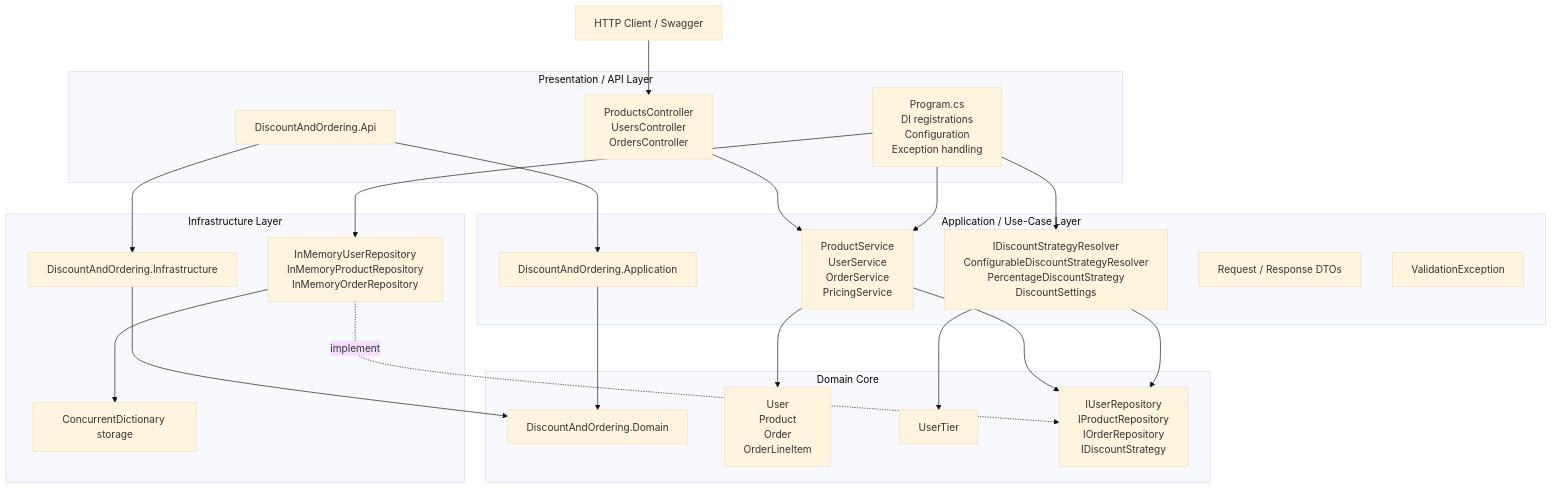
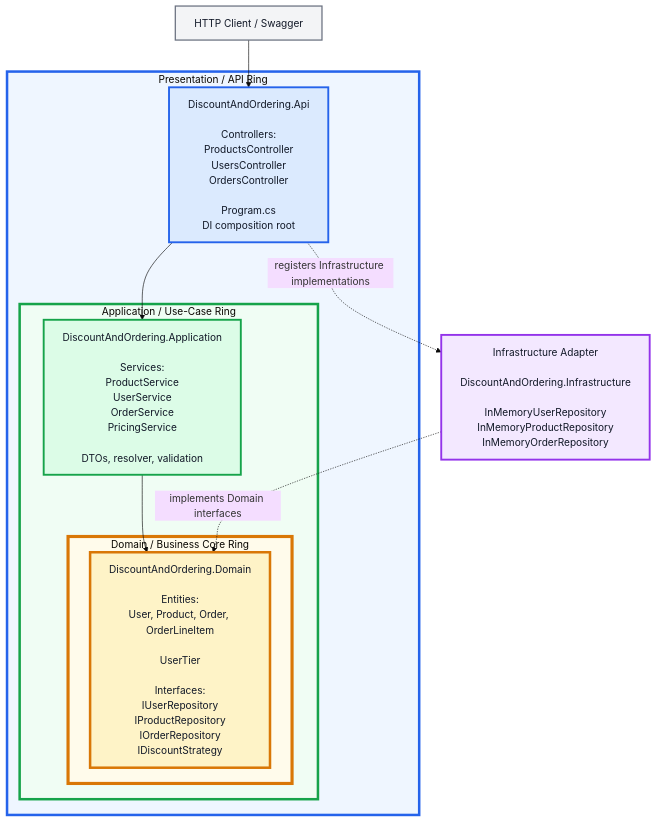
Before and after one commit to getdipakkumar2008-coder/strategypatterndiscountuserorder: the first of 5 diagrams in OnionandDDD.md, drawn with Mermaid (base theme). The commit also changed other lines of this file, not shown here.

Commit message:
Replace architecture document with circular Onion Architecture and DDD diagrams.

````diff
--- a/OnionandDDD.md
+++ b/OnionandDDD.md
@@ -7,50 +9,38 @@
 ```mermaid
 flowchart TB
-    Client["HTTP Client / Swagger"]
+    subgraph API_RING["Presentation / API Ring"]
+        API["DiscountAndOrdering.Api<br/><br/>Controllers:<br/>ProductsController<br/>UsersController<br/>OrdersController<br/><br/>Program.cs<br/>DI composition root"]
 
-    subgraph Presentation["Presentation / API Layer"]
-        API["DiscountAndOrdering.Api"]
-        Controllers["ProductsController<br/>UsersController<br/>OrdersController"]
-        Composition["Program.cs<br/>DI registrations<br/>Configuration<br/>Exception handling"]
+        subgraph APP_RING["Application / Use-Case Ring"]
+            APP["DiscountAndOrdering.Application<br/><br/>Services:<br/>ProductService<br/>UserService<br/>OrderService<br/>PricingService<br/><br/>DTOs, resolver, validation"]
+
+            subgraph DOMAIN_RING["Domain / Business Core Ring"]
+                DOMAIN["DiscountAndOrdering.Domain<br/><br/>Entities:<br/>User, Product, Order, OrderLineItem<br/><br/>UserTier<br/><br/>Interfaces:<br/>IUserRepository<br/>IProductRepository<br/>IOrderRepository<br/>IDiscountStrategy"]
+            end
+        end
     end
 
-    subgraph Application["Application / Use-Case Layer"]
-        APP["DiscountAndOrdering.Application"]
-        Services["ProductService<br/>UserService<br/>OrderService<br/>PricingService"]
-        DiscountApplication["IDiscountStrategyResolver<br/>ConfigurableDiscountStrategyResolver<br/>PercentageDiscountStrategy<br/>DiscountSettings"]
-        DTOs["Request / Response DTOs"]
-        Exceptions["ValidationException"]
-    end
+    INFRA["Infrastructure Adapter<br/><br/>DiscountAndOrdering.Infrastructure<br/><br/>InMemoryUserRepository<br/>InMemoryProductRepository<br/>InMemoryOrderRepository"]
 
-    subgraph Domain["Domain Core"]
-        DOM["DiscountAndOrdering.Domain"]
-        Entities["User<br/>Product<br/>Order<br/>OrderLineItem"]
-        Enums["UserTier"]
-        Ports["IUserRepository<br/>IProductRepository<br/>IOrderRepository<br/>IDiscountStrategy"]
-    end
+    CLIENT["HTTP Client / Swagger"] --> API
+    API --> APP
+    APP --> DOMAIN
+    INFRA -. implements Domain interfaces .-> DOMAIN
+    API -. registers Infrastructure implementations .-> INFRA
 
-    subgraph Infrastructure["Infrastructure Layer"]
-        INFRA["DiscountAndOrdering.Infrastructure"]
-        Repositories["InMemoryUserRepository<br/>InMemoryProductRepository<br/>InMemoryOrderRepository"]
-        Storage["ConcurrentDictionary storage"]
-    end
+    classDef api fill:#dbeafe,stroke:#2563eb,stroke-width:3px,color:#111827;
+    classDef app fill:#dcfce7,stroke:#16a34a,stroke-width:3px,color:#111827;
+    classDef domain fill:#fef3c7,stroke:#d97706,stroke-width:4px,color:#111827;
+    classDef infra fill:#f3e8ff,stroke:#9333ea,stroke-width:3px,color:#111827;
+    classDef client fill:#f3f4f6,stroke:#6b7280,stroke-width:2px,color:#111827;
 
-    Client --> Controllers
-    Controllers --> Services
-    Composition --> Services
-    Composition --> Repositories
-    Composition --> DiscountApplication
+    class API api;
+    class APP app;
+    class DOMAIN domain;
+    class INFRA infra;
+    class CLIENT client;
 
-    APP --> DOM
-    INFRA --> DOM
-    API --> APP
-    API --> INFRA
-
-    Services --> Ports
-    Services --> Entities
-    DiscountApplication --> Ports
-    DiscountApplication --> Enums
-
-    Repositories -. implement .-> Ports
-    Repositories --> Storage
+    style API_RING fill:#eff6ff,stroke:#2563eb,stroke-width:4px
+    style APP_RING fill:#f0fdf4,stroke:#16a34a,stroke-width:4px
+    style DOMAIN_RING fill:#fffbeb,stroke:#d97706,stroke-width:5px
 ```
````
